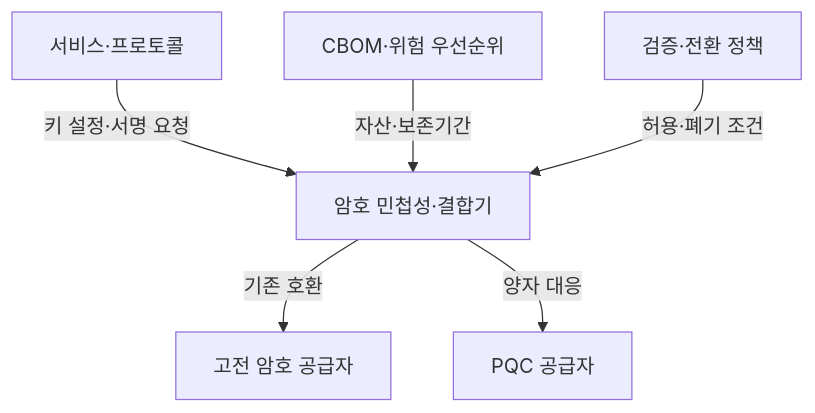
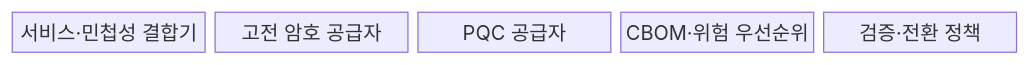
The first of 2 diagrams in src/content/docs/notes/05-security/013_pqc_migration_hybrid.md (agnusdei1207/knowledge-base), drawn with Mermaid before and after one commit. The commit also changed other lines of this file and 22 other files, not shown here.

````diff
--- a/src/content/docs/notes/05-security/013_pqc_migration_hybrid.md
+++ b/src/content/docs/notes/05-security/013_pqc_migration_hybrid.md
@@ -54,8 +56,9 @@
 ```mermaid
-flowchart TB
-    S["서비스·프로토콜"] -->|"키 설정·서명 요청"| A["암호 민첩성·결합기"]
-    A -->|"기존 호환"| C["고전 암호 공급자"]
-    A -->|"양자 대응"| P["PQC 공급자"]
-    B["CBOM·위험 우선순위"] -->|"자산·보존기간"| A
-    V["검증·전환 정책"] -->|"허용·폐기 조건"| A
+block-beta
+    columns 5
+    S["서비스·민첩성 결합기"]
+    C["고전 암호 공급자"]
+    P["PQC 공급자"]
+    B["CBOM·위험 우선순위"]
+    V["검증·전환 정책"]
 ```
````
